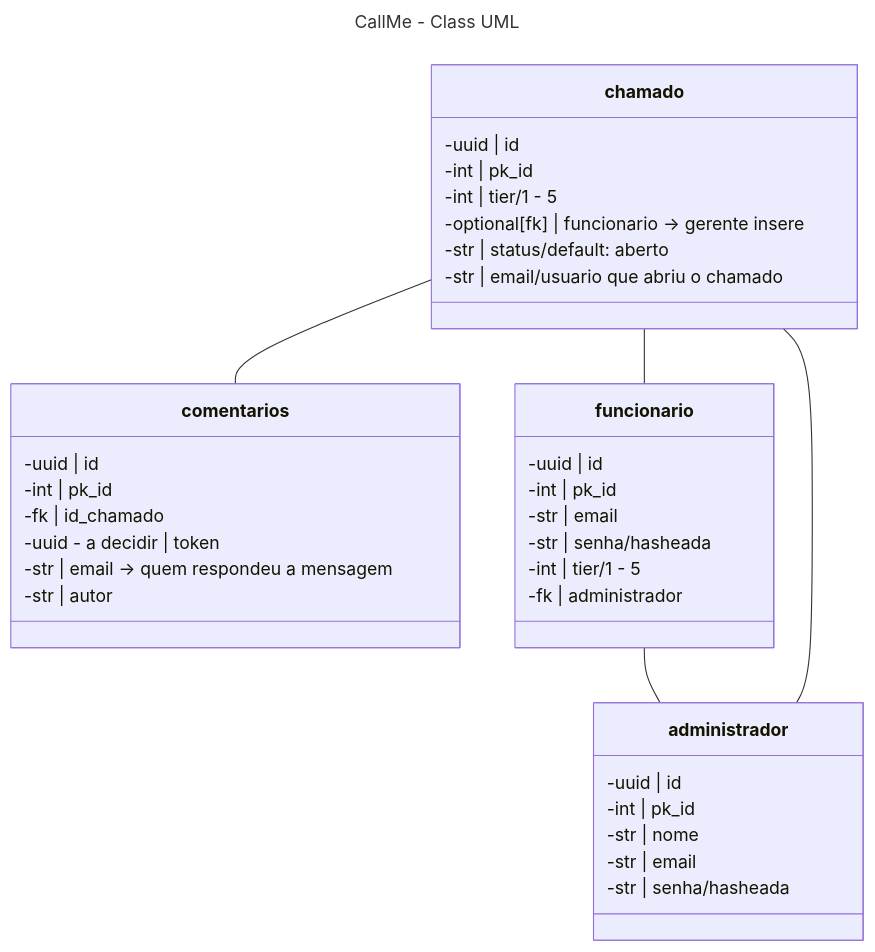
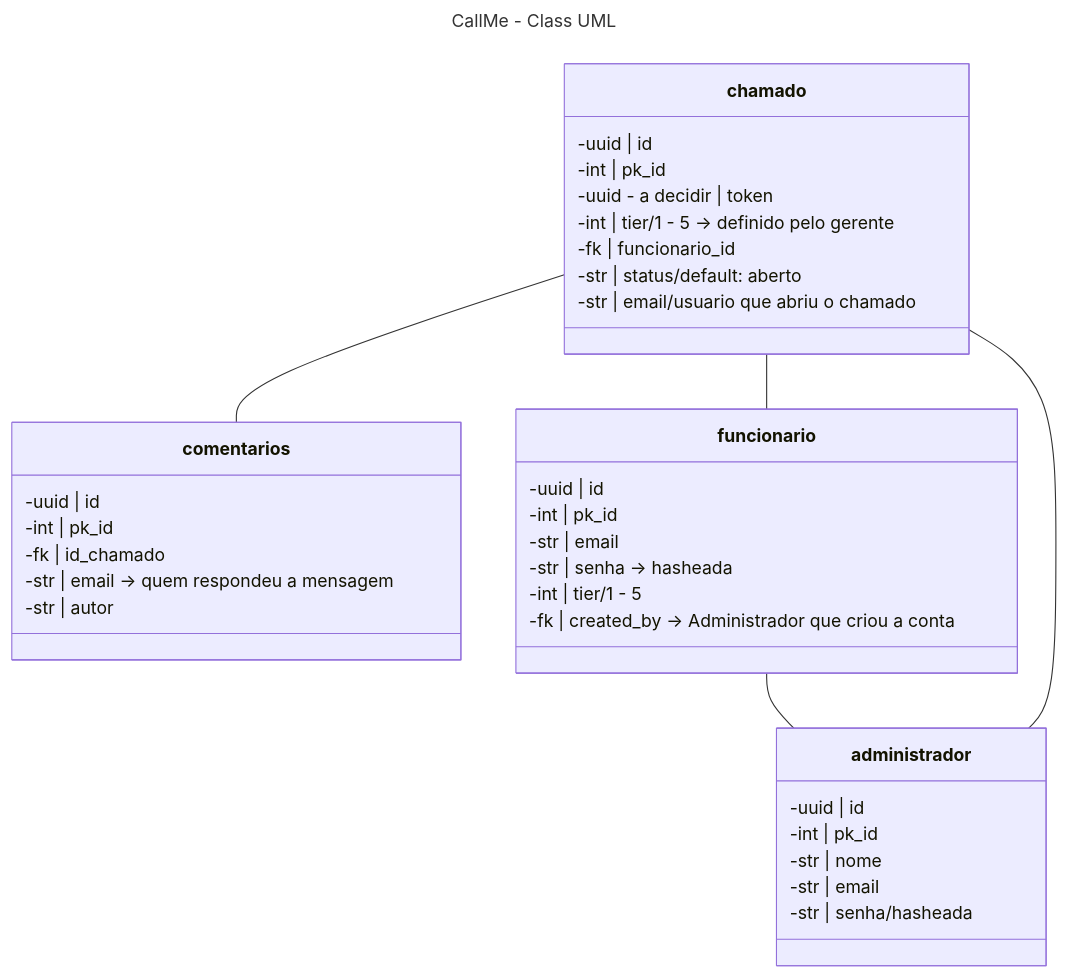
One commit to ifmt-cba/callme changed the diagram in docs/diagrama_er.md. Above: the diagram before and after it, drawn with Mermaid. The commit also changed 9 other files, not shown here.

````diff
--- a/docs/diagrama_er.md
+++ b/docs/diagrama_er.md
@@ -1,41 +1,41 @@
 ```mermaid
 ---
 title: CallMe - Class UML
 ---
 classDiagram
     chamado -- comentarios
     chamado -- funcionario
     funcionario -- administrador
     administrador -- chamado
     class comentarios{
         -uuid | id
         -int  | pk_id
         -fk | id_chamado
-        -uuid - a decidir | token
         -str | email -> quem respondeu a mensagem
         -str | autor
     }
     class chamado{
         -uuid | id
         -int | pk_id
-        -int | tier/1 - 5
-        -optional[fk] | funcionario -> gerente insere
+        -uuid - a decidir | token
+        -int | tier/1 - 5 -> definido pelo gerente
+        -fk | funcionario_id
         -str | status/default: aberto
         -str | email/usuario que abriu o chamado
     }
     class funcionario{
         -uuid | id
         -int | pk_id
         -str | email
-        -str | senha/hasheada
+        -str | senha -> hasheada
         -int | tier/1 - 5
-        -fk | administrador
+        -fk | created_by -> Administrador que criou a conta
     }
     class administrador{
         -uuid | id
         -int | pk_id
         -str | nome
         -str | email
         -str | senha/hasheada
     }
 ```
````
